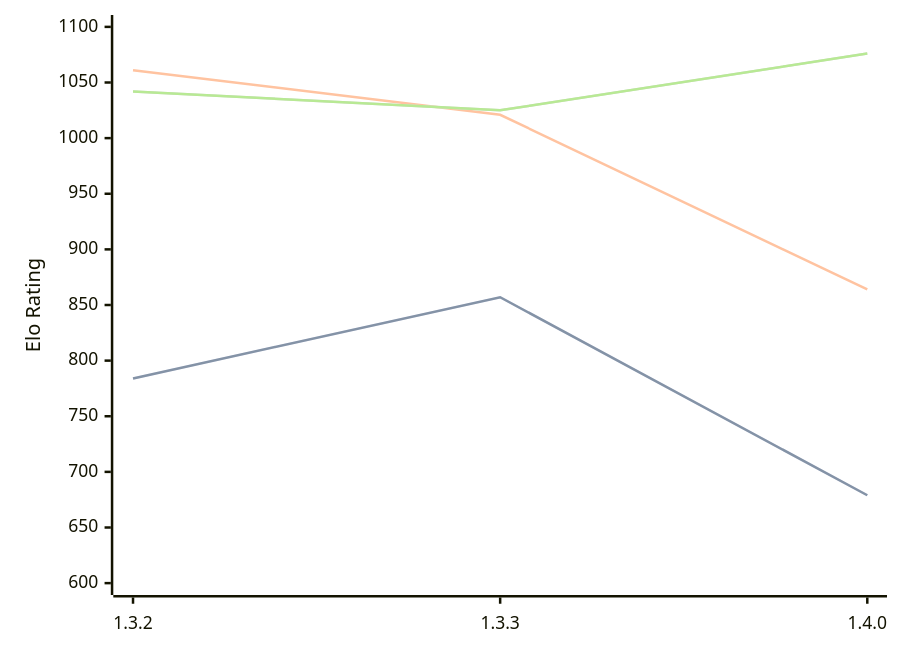
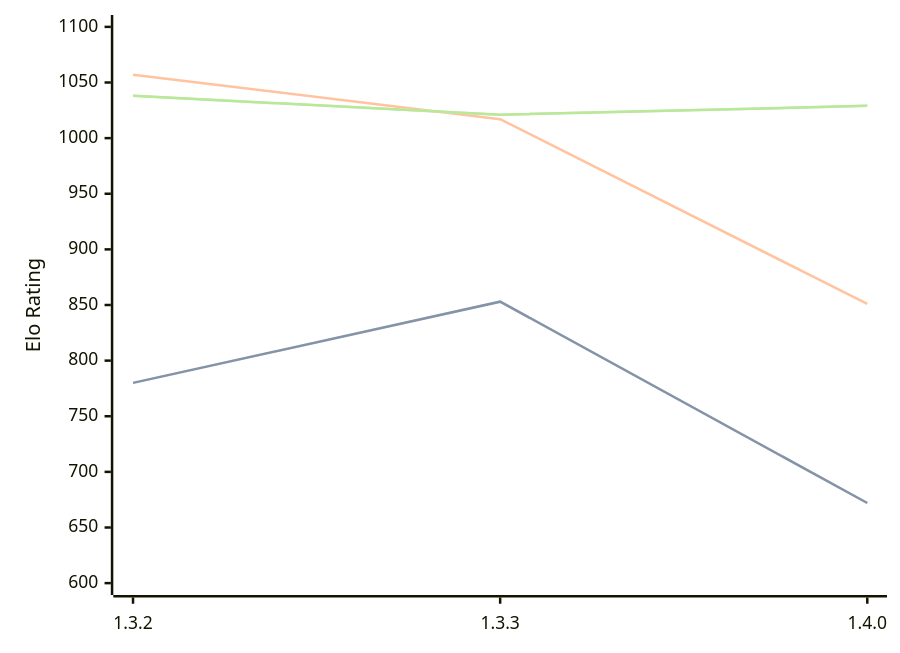
The diagram in engines/Whitespine.md (computer-chess-index/cci), drawn with Mermaid before and after one commit. The commit also changed other lines of this file, not shown here.

Commit message:
Update CCI Ratings (ELO VLTC) - 2026-05-22

````diff
--- a/engines/Whitespine.md
+++ b/engines/Whitespine.md
@@ -36,11 +36,11 @@
 ```mermaid
 %%{init: {"theme":"base","themeVariables":{"seriesColors:['#a3a3a3','#222221','#faa371']}}}%%
 xychart-beta
   x-axis ["1.3.2", "1.3.3", "1.4.0"]
   y-axis "Elo Rating" 600 --> 1100
-  line "STC (8.0+0.08s)" [784, 857, 679]
-  line "STC (8.0+0.08s)" [784, 857, 679]
-  line "LTC (60.0+0.60s)" [1061, 1021, 864]
-  line "VLTC (2m24s+1.12s)" [1042, 1025, 1076]
-  line "VLTC (2m24s+1.12s)" [1042, 1025, 1076]
+  line "STC (8.0+0.08s)" [780, 853, 672]
+  line "STC (8.0+0.08s)" [780, 853, 672]
+  line "LTC (60.0+0.60s)" [1057, 1017, 851]
+  line "VLTC (2m24s+1.12s)" [1038, 1021, 1029]
+  line "VLTC (2m24s+1.12s)" [1038, 1021, 1029]
 ```
````
